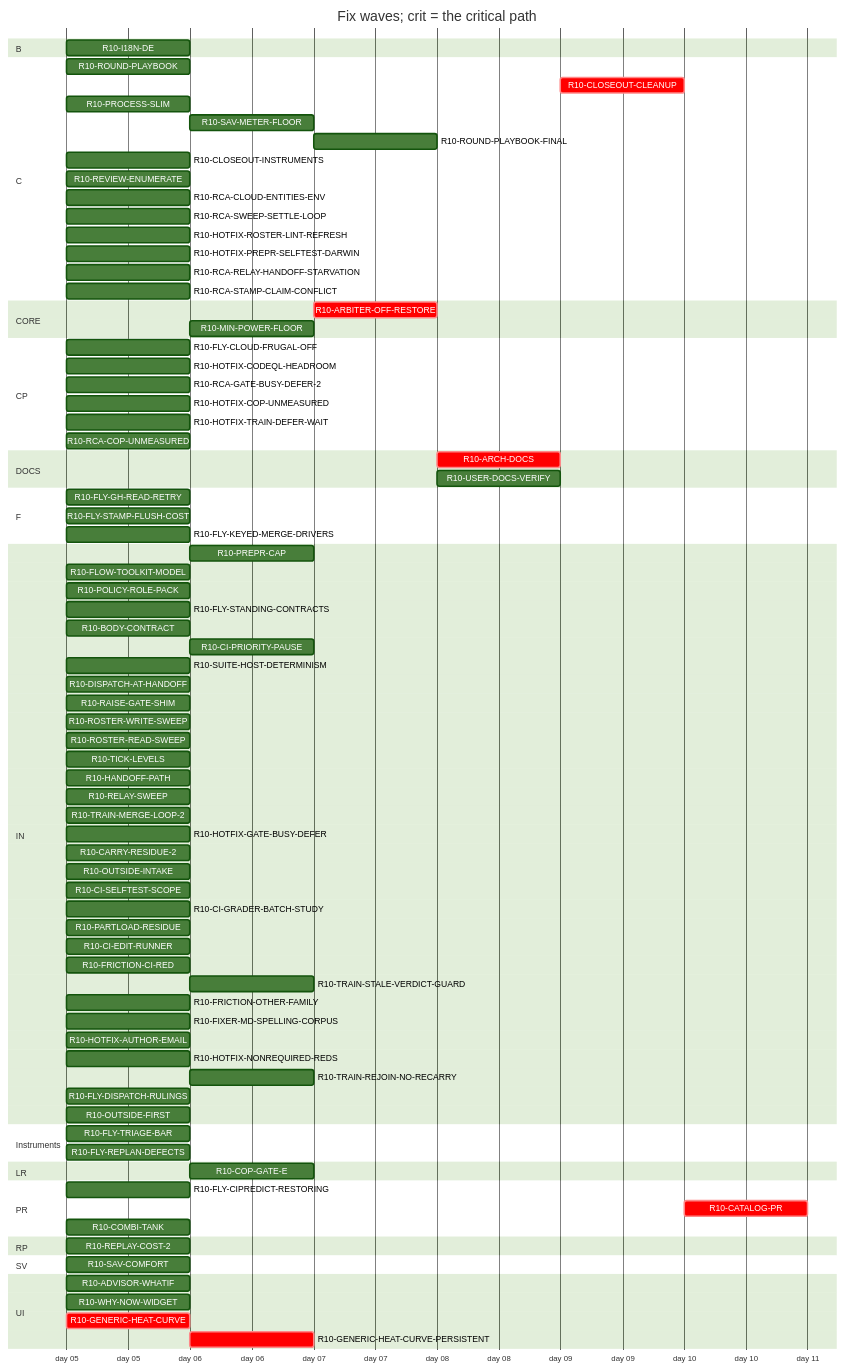
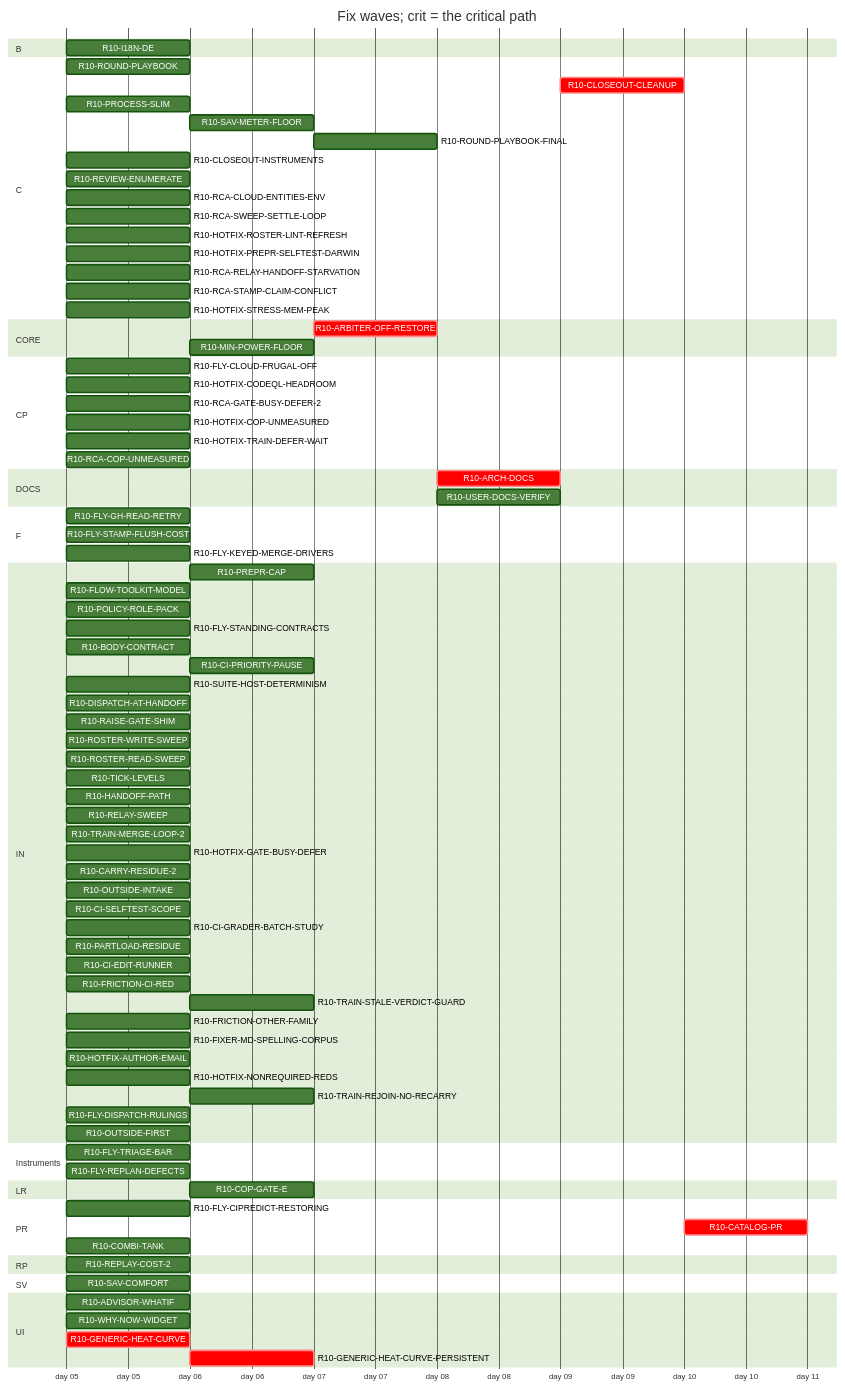
Before and after one commit to tvofi/heatpump_optimizer: the diagram in handoff/round10/state/PLAN-TABLE.md, drawn with Mermaid (forest theme). The commit also changed other lines of this file and 3 other files, not shown here.

Commit message:
state: FLOW-BOARD.md, NEXT-SESSION-PROMPT.md, PLAN-TABLE.md, RESUME-CURRENT.md regenerated (state_docs.py)

```diff
--- a/handoff/round10/state/PLAN-TABLE.md
+++ b/handoff/round10/state/PLAN-TABLE.md
@@ -44,6 +44,7 @@
     R10-HOTFIX-PREPR-SELFTEST-DARWIN :r10HOTFIXPREPRSELFTESTDARWIN, 2026-01-05, 1d
     R10-RCA-RELAY-HANDOFF-STARVATION :r10RCARELAYHANDOFFSTARVATION, 2026-01-05, 1d
     R10-RCA-STAMP-CLAIM-CONFLICT :r10RCASTAMPCLAIMCONFLICT, 2026-01-05, 1d
+    R10-HOTFIX-STRESS-MEM-PEAK :r10HOTFIXSTRESSMEMPEAK, 2026-01-05, 1d
   section CORE
     R10-ARBITER-OFF-RESTORE :crit, r10ARBITEROFFRESTORE, after r10GENERICHEATCURVE r10GENERICHEATCURVEPERSISTENT, 1d
     R10-MIN-POWER-FLOOR :r10MINPOWERFLOOR, after r10HOTFIXCOPUNMEASURED r10GENERICHEATCURVE, 1d
```
